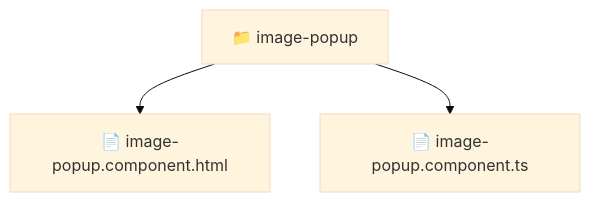
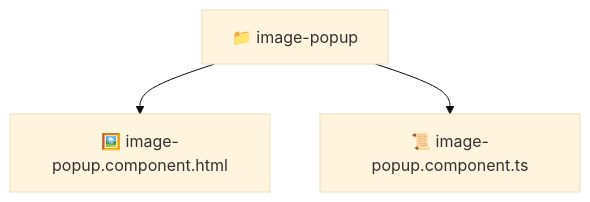
One commit to beginwebdev2002/fullstack-mavluda changed the diagram in frontend/src/shared/ui/image-popup/README.md. Above: the diagram before and after it, drawn with Mermaid (base theme). The commit also changed other lines of this file and 163 other files, not shown here.

````diff
--- a/frontend/src/shared/ui/image-popup/README.md
+++ b/frontend/src/shared/ui/image-popup/README.md
@@ -11,6 +11,6 @@
 ```mermaid
 graph TD
-  Root["📁 image-popup"]
-  Root --> image_popup_component_html["📄 image-popup.component.html"]
-  Root --> image_popup_component_ts["📄 image-popup.component.ts"]
+  image_popup["📁 image-popup"]
+  image_popup --> image_popup_component_html["🖼️ image-popup.component.html"]
+  image_popup --> image_popup_component_ts["📜 image-popup.component.ts"]
 ```
````
